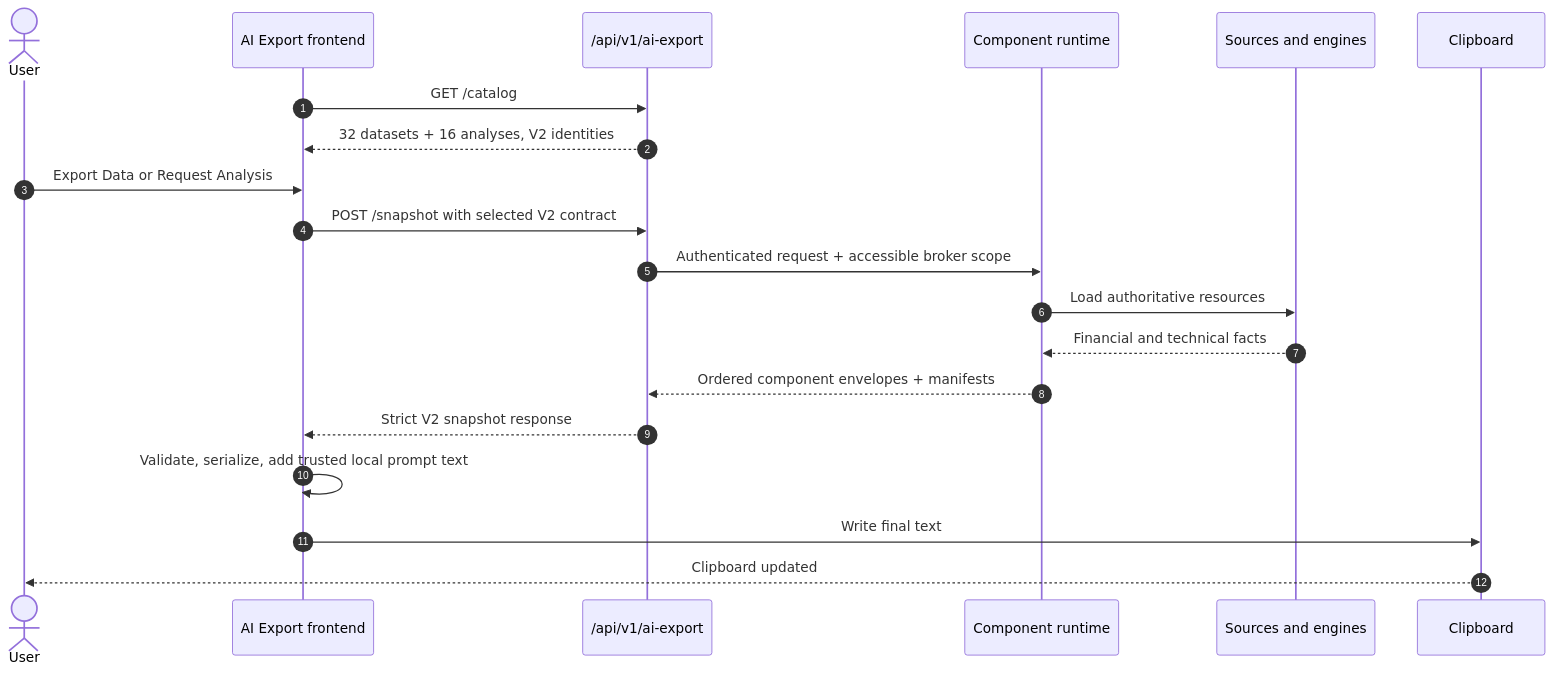
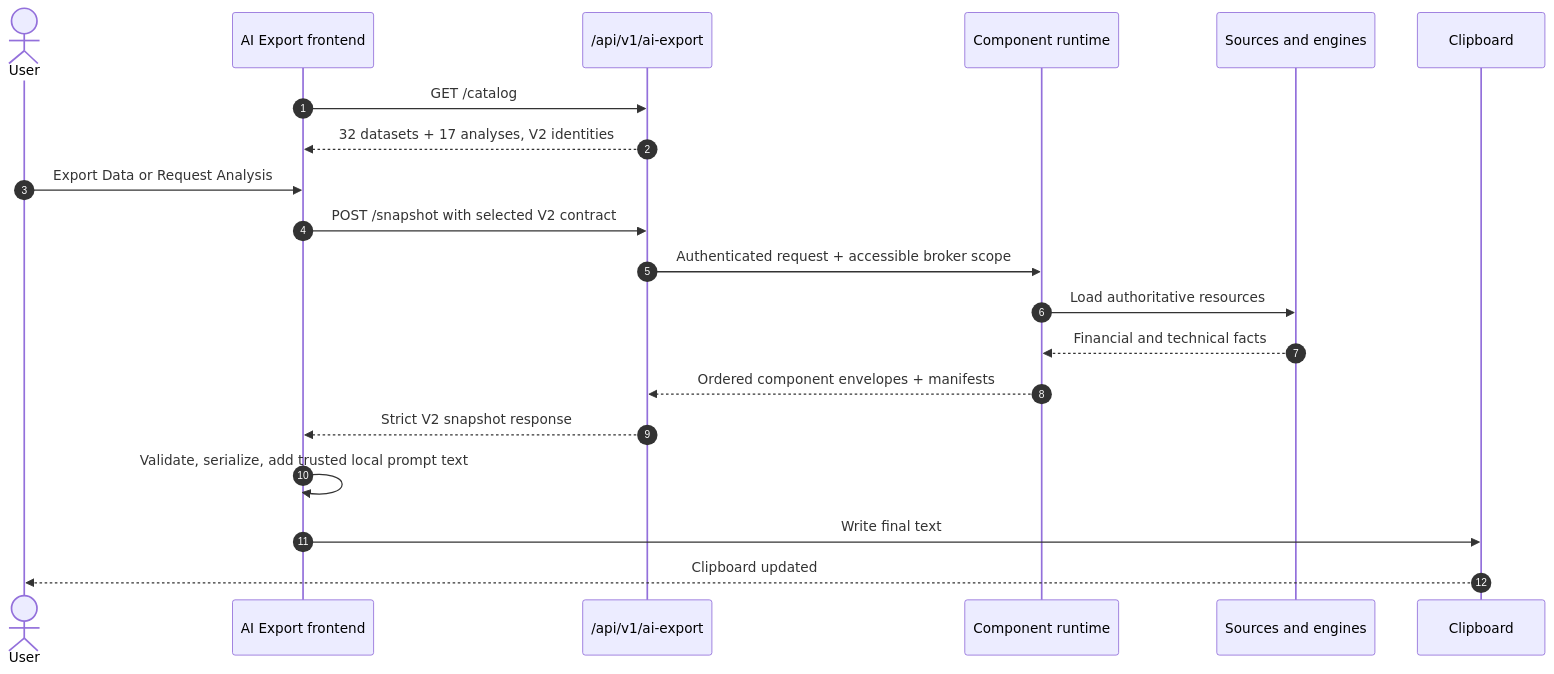
One commit to Librefolio/LibreFolio changed the second of 2 diagrams in mkdocs_src/docs/developer/architecture/patterns/ai_export_snapshot.md. Above: the diagram before and after it, drawn with Mermaid. The commit also changed other lines of this file and 85 other files, not shown here.

````diff
--- a/mkdocs_src/docs/developer/architecture/patterns/ai_export_snapshot.md
+++ b/mkdocs_src/docs/developer/architecture/patterns/ai_export_snapshot.md
@@ -46,23 +46,23 @@
 ```mermaid
 sequenceDiagram
     autonumber
     actor U as User
     participant F as AI Export frontend
     participant A as /api/v1/ai-export
     participant R as Component runtime
     participant S as Sources and engines
     participant C as Clipboard
 
     F->>A: GET /catalog
-    A-->>F: 32 datasets + 16 analyses, V2 identities
+    A-->>F: 32 datasets + 17 analyses, V2 identities
     U->>F: Export Data or Request Analysis
     F->>A: POST /snapshot with selected V2 contract
     A->>R: Authenticated request + accessible broker scope
     R->>S: Load authoritative resources
     S-->>R: Financial and technical facts
     R-->>A: Ordered component envelopes + manifests
     A-->>F: Strict V2 snapshot response
     F->>F: Validate, serialize, add trusted local prompt text
     F->>C: Write final text
     C-->>U: Clipboard updated
 ```
````
